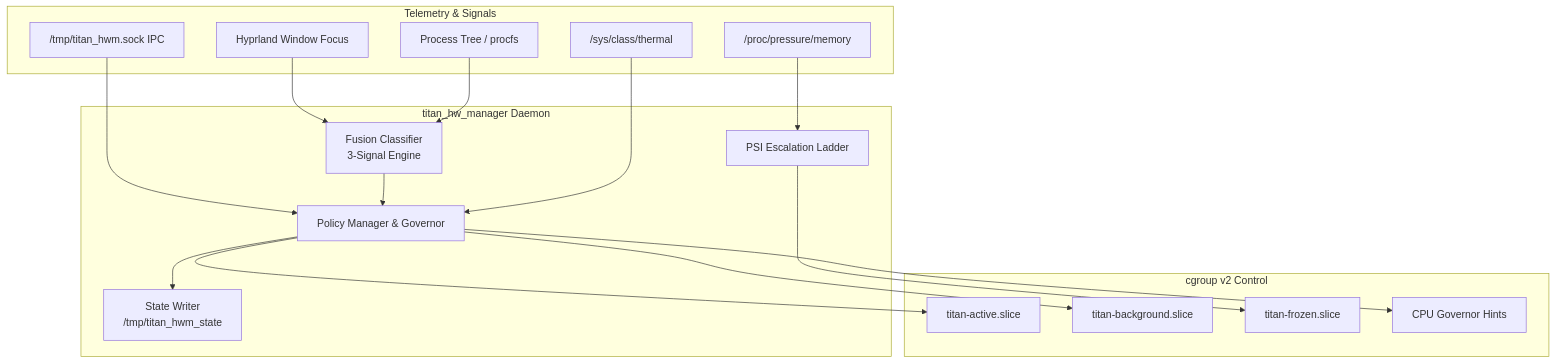
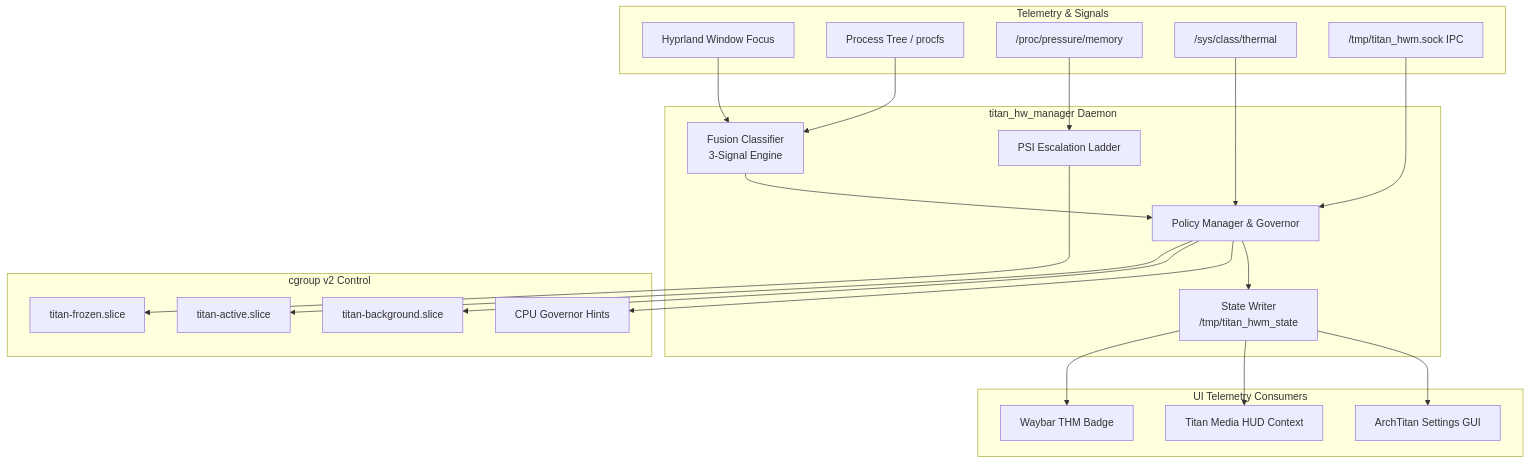
One commit to GitGuru29/archtitan-os changed the diagram in wiki/Titan-Hardware-Manager.md. Above: the diagram before and after it, drawn with Mermaid. The commit also changed other lines of this file and 13 other files, not shown here.

Commit message:
docs(wiki): update wiki documentation with latest components and architectural details

````diff
--- a/wiki/Titan-Hardware-Manager.md
+++ b/wiki/Titan-Hardware-Manager.md
@@ -21,37 +19,47 @@
 ```mermaid
 flowchart TD
     subgraph Inputs["Telemetry & Signals"]
         HYPR[Hyprland Window Focus]
         PROC[Process Tree / procfs]
         PSI["/proc/pressure/memory"]
         THERM["/sys/class/thermal"]
-        SOCK["/tmp/titan_hwm.sock  IPC"]
+        SOCK["/tmp/titan_hwm.sock IPC"]
     end
 
     subgraph Daemon["titan_hw_manager Daemon"]
         FUS[Fusion Classifier<br>3-Signal Engine]
         POL[Policy Manager & Governor]
         ESC[PSI Escalation Ladder]
         STATE[State Writer<br>/tmp/titan_hwm_state]
     end
 
     subgraph Control["cgroup v2 Control"]
         ACT[titan-active.slice]
         BG[titan-background.slice]
         FRZ[titan-frozen.slice]
         SYS[CPU Governor Hints]
     end
 
+    subgraph UI_Outputs["UI Telemetry Consumers"]
+        WAY[Waybar THM Badge]
+        HUD[Titan Media HUD Context]
+        SET[ArchTitan Settings GUI]
+    end
+
     HYPR --> FUS
     PROC --> FUS
     SOCK --> POL
     FUS --> POL
     PSI --> ESC
     THERM --> POL
 
     POL --> ACT
     POL --> BG
     ESC --> FRZ
     POL --> SYS
     POL --> STATE
+
+    STATE --> WAY
+    STATE --> HUD
+    STATE --> SET
 ```
````
